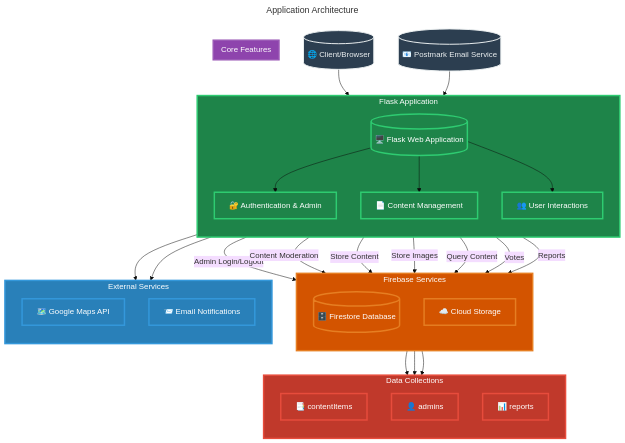
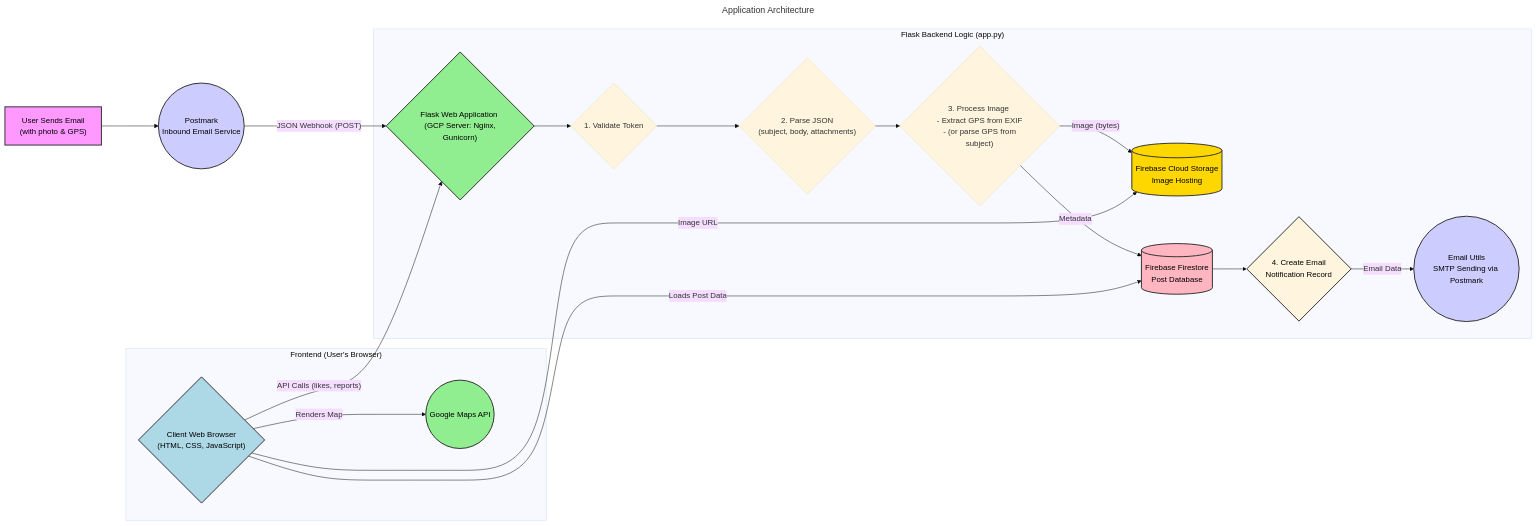
One commit to premananda108/MailMap changed the diagram in README.md. Above: the diagram before and after it, drawn with Mermaid (base theme). The commit also changed other lines of this file and 1 other file, not shown here.

Commit message:
Update error response codes in `app.py` and refine README diagram
- Changed response codes in `app.py` from 400/401 to 200 for consistent behavior in webhook handling.
- Simplified the application architecture diagram in `README.md` with updated data flow and styling.

````diff
--- a/README.md
+++ b/README.md
@@ -64,70 +39,35 @@
 ```mermaid
 ---
 title: Application Architecture
 ---
-graph TD
-    %% Main components
-    A[("🌐 Client/Browser")] --> B[("🖥️ Flask Web Application")]
-    P[("📧 Postmark Email Service")] --> B
-
-    subgraph flask["Flask Application"]
-        direction TB
-        B --> C["🔐 Authentication & Admin"]
-        B --> D["📄 Content Management"]
-        B --> E["👥 User Interactions"]
+graph LR
+    A["User Sends Email <br/> (with photo & GPS)"] --> B(("Postmark <br/> Inbound Email Service"));
+    B -- JSON Webhook (POST) --> C{"Flask Web Application <br/> (GCP Server: Nginx, Gunicorn)"};
+    
+    subgraph "Flask Backend Logic (app.py)"
+        C --> C1{"1. Validate Token"};
+        C1 --> C2{"2. Parse JSON <br/> (subject, body, attachments)"};
+        C2 --> C3{"3. Process Image <br/> - Extract GPS from EXIF <br/> - (or parse GPS from subject)"};
+        C3 -- "Image (bytes)" --> D[("Firebase Cloud Storage <br/> Image Hosting")];
+        C3 -- "Metadata" --> E[("Firebase Firestore <br/> Post Database")];
+        E --> F{"4. Create Email<br/>Notification Record"};
+        F -- "Email Data" --> G(("Email Utils<br/>SMTP Sending via Postmark"));
     end
 
-    subgraph firebase["Firebase Services"]
-        direction TB
-        F[("🗄️ Firestore Database")]
-        G["☁️ Cloud Storage"]
+    subgraph "Frontend (User's Browser)"
+        H{"Client Web Browser<br/>(HTML, CSS, JavaScript)"} -- "Loads Post Data" --> E;
+        H -- "Image URL" --> D;
+        H -- "Renders Map" --> I((Google Maps API));
+        H -- "API Calls (likes, reports)" --> C;
     end
 
-    subgraph core["Core Features"]
-        direction TB
-        C --> |Admin Login/Logout| F
-        C --> |Content Moderation| F
-        D --> |Store Content| F
-        D --> |Store Images| G
-        D --> |Query Content| F
-        E --> |Votes| F
-        E --> |Reports| F
-    end
-
-    subgraph external["External Services"]
-        direction TB
-        H["🗺️ Google Maps API"]
-        I["📨 Email Notifications"]
-    end
-
-    B --> H
-    B --> I
-
-    subgraph data["Data Collections"]
-        direction TB
-        F --> J["📑 contentItems"]
-        F --> K["👤 admins"]
-        F --> L["📊 reports"]
-    end
-
-    %% Styles
-    classDef default fill:#2C3E50,stroke:#ECF0F1,stroke-width:2px,color:#ECF0F1;
-    classDef flask fill:#1E8449,stroke:#2ECC71,stroke-width:3px,color:#FFFFFF;
-    classDef firebase fill:#D35400,stroke:#E67E22,stroke-width:3px,color:#FFFFFF;
-    classDef external fill:#2980B9,stroke:#3498DB,stroke-width:3px,color:#FFFFFF;
-    classDef core fill:#8E44AD,stroke:#9B59B6,stroke-width:3px,color:#FFFFFF;
-    classDef data fill:#C0392B,stroke:#E74C3C,stroke-width:3px,color:#FFFFFF;
-
-    class A,P default;
-    class B,C,D,E flask;
-    class F,G firebase;
-    class H,I external;
-    class J,K,L data;
-
-    %% Subgraph styles
-    style flask fill:#1E8449,stroke:#2ECC71,stroke-width:3px,color:#FFFFFF
-    style firebase fill:#D35400,stroke:#E67E22,stroke-width:3px,color:#FFFFFF
-    style core fill:#8E44AD,stroke:#9B59B6,stroke-width:3px,color:#FFFFFF
-    style external fill:#2980B9,stroke:#3498DB,stroke-width:3px,color:#FFFFFF
-    style data fill:#C0392B,stroke:#E74C3C,stroke-width:3px,color:#FFFFFF
+    style A fill:#f9f,stroke:#333,stroke-width:2px,color:#000
+    style B fill:#ccf,stroke:#333,stroke-width:2px,color:#000
+    style C fill:#90ee90,stroke:#333,stroke-width:2px,color:#000
+    style D fill:#FFD700,stroke:#333,stroke-width:2px,color:#000
+    style E fill:#FFB6C1,stroke:#333,stroke-width:2px,color:#000
+    style F fill:#lightgrey,stroke:#333,stroke-width:2px,color:#000
+    style G fill:#ccf,stroke:#333,stroke-width:2px,color:#000
+    style H fill:#ADD8E6,stroke:#333,stroke-width:2px,color:#000
+    style I fill:#90ee90,stroke:#333,stroke-width:2px,color:#000
 ```    
````
